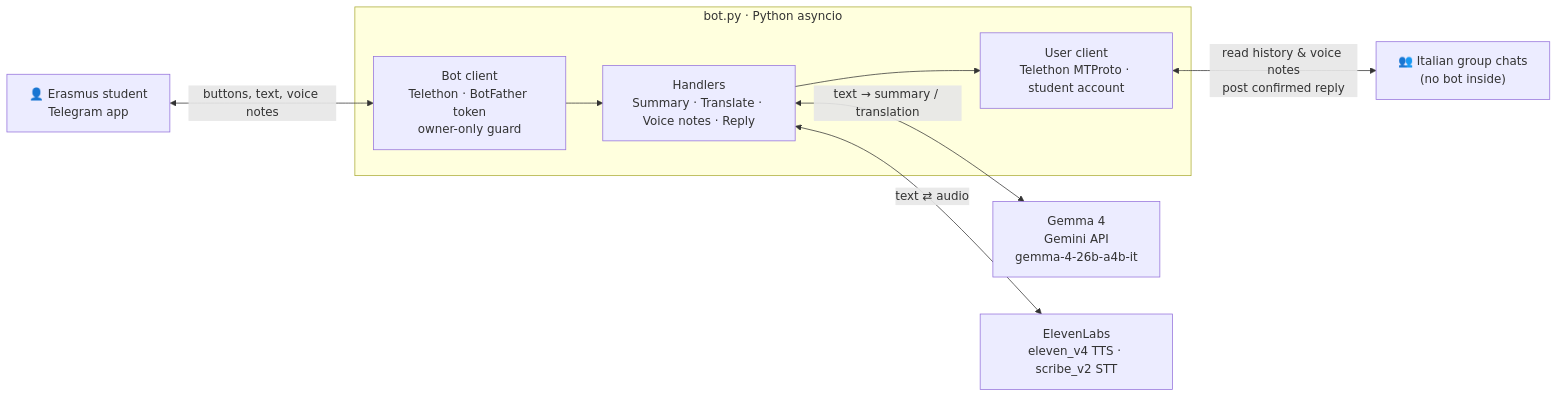
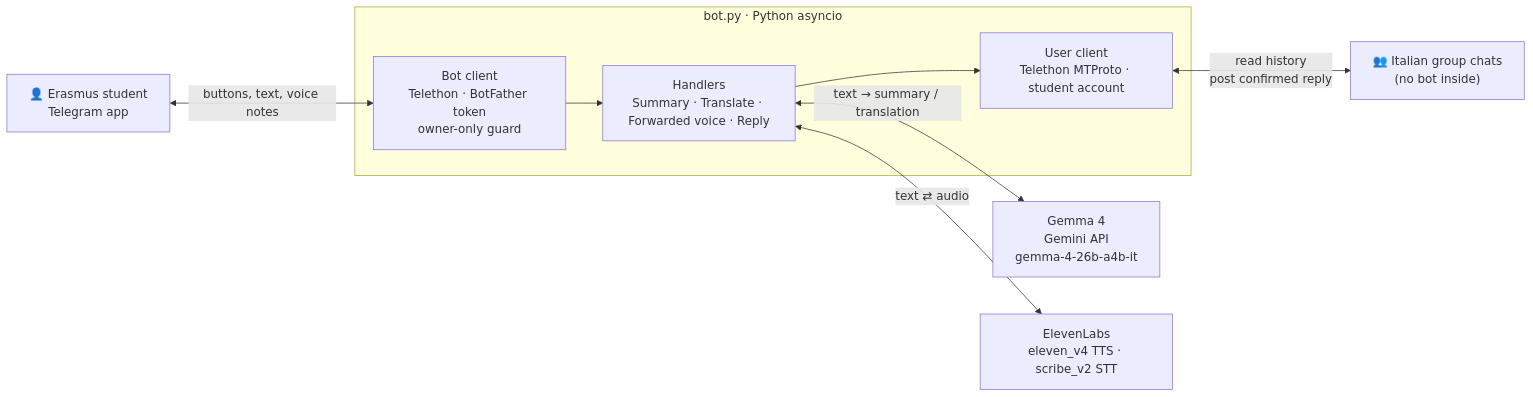
Before and after one commit to pitasialessandro/erasmus-group-translator: the first of 4 diagrams in architecture.md, drawn with Mermaid. The commit also changed other lines of this file and 3 other files, not shown here.

Commit message:
Replace group Voice notes with translation of forwarded voice notes; docs updated

````diff
--- a/architecture.md
+++ b/architecture.md
@@ -21,20 +21,20 @@
 ```mermaid
 flowchart LR
     S["👤 Erasmus student<br/>Telegram app"]
     G["👥 Italian group chats<br/>(no bot inside)"]
 
     subgraph P["bot.py · Python asyncio"]
         B["Bot client<br/>Telethon · BotFather token<br/>owner-only guard"]
-        H["Handlers<br/>Summary · Translate · Voice notes · Reply"]
+        H["Handlers<br/>Summary · Translate · Forwarded voice · Reply"]
         U["User client<br/>Telethon MTProto · student account"]
         B --> H --> U
     end
 
     LLM["Gemma 4<br/>Gemini API<br/>gemma-4-26b-a4b-it"]
     EL["ElevenLabs<br/>eleven_v4 TTS · scribe_v2 STT"]
 
     S <-- "buttons, text, voice notes" --> B
-    U <-- "read history & voice notes<br/>post confirmed reply" --> G
+    U <-- "read history<br/>post confirmed reply" --> G
     H <-- "text → summary / translation" --> LLM
     H <-- "text ⇄ audio" --> EL
 ```
````
